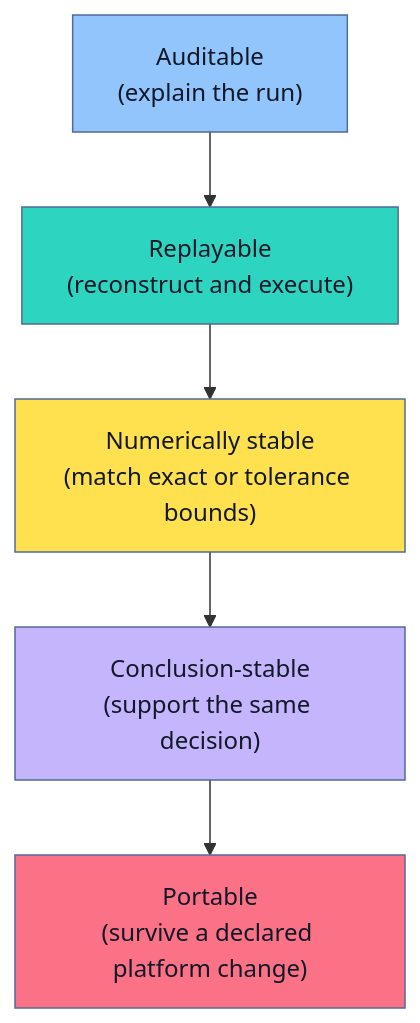
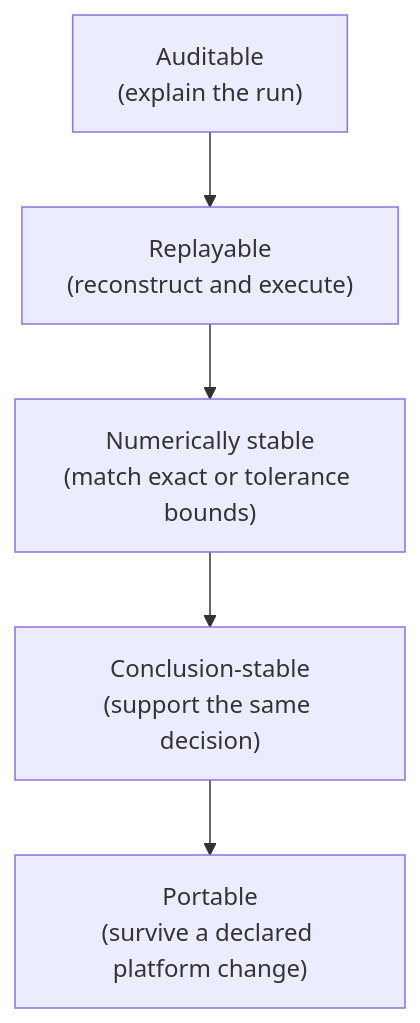
One commit to senlinyy/dev-roadmaps changed the eighth of 9 diagrams in roadmaps/mlops/modules/experiments-and-reproducibility/experiment-tracking/01-reproducible-ml-experiments.md. Above: the diagram before and after it, drawn with Mermaid. The commit also changed other lines of this file and 152 other files, not shown here.

Commit message:
feat: mlops and diagrams updated

````diff
--- a/roadmaps/mlops/modules/experiments-and-reproducibility/experiment-tracking/01-reproducible-ml-experiments.md
+++ b/roadmaps/mlops/modules/experiments-and-reproducibility/experiment-tracking/01-reproducible-ml-experiments.md
@@ -350,13 +350,13 @@
 ```mermaid
 flowchart TD
     A["Auditable<br/>(explain the run)"] --> B["Replayable<br/>(reconstruct and execute)"]
     B --> C["Numerically stable<br/>(match exact or tolerance bounds)"]
     C --> D["Conclusion-stable<br/>(support the same decision)"]
     D --> E["Portable<br/>(survive a declared platform change)"]
 
-    style A fill:#93C5FD,stroke:#536A9A,color:#111827
-    style B fill:#2DD4BF,stroke:#536A9A,color:#111827
-    style C fill:#FFE04F,stroke:#536A9A,color:#111827
-    style D fill:#C4B5FD,stroke:#536A9A,color:#111827
-    style E fill:#FB7185,stroke:#536A9A,color:#111827
+    class A dp-mermaid-primary
+    class B dp-mermaid-secondary
+    class C dp-mermaid-tertiary
+    class D dp-mermaid-quaternary
+    class E dp-mermaid-primary
 ```
````
